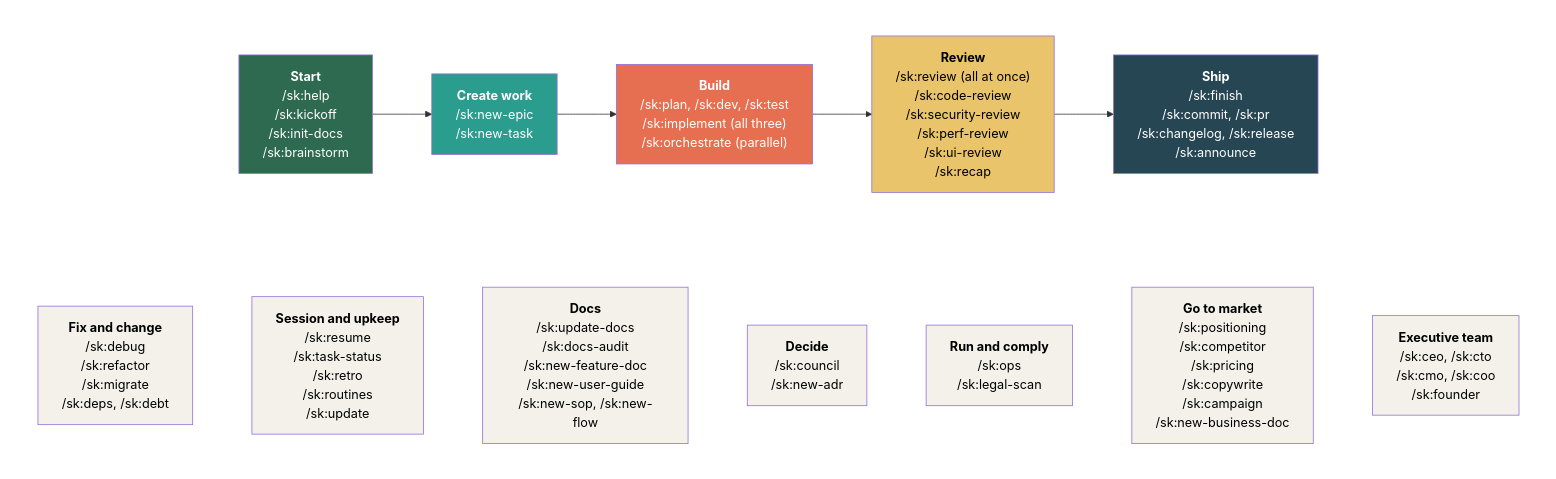
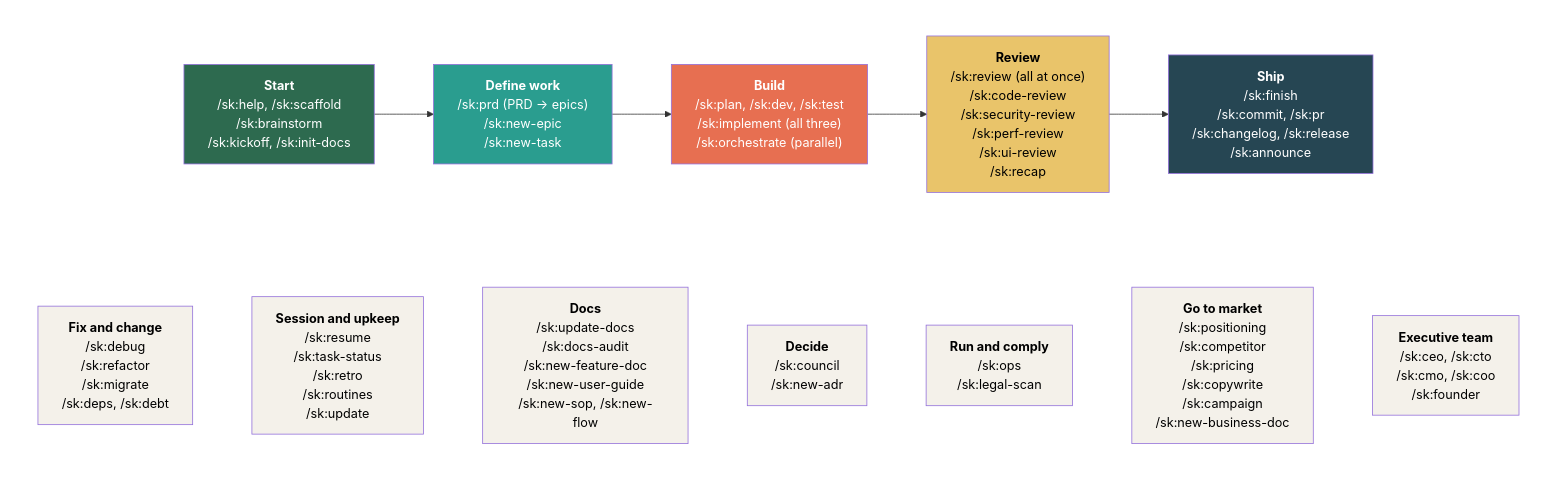
Before and after one commit to moniav/sk: the diagram in assets/src/command-map.mmd, drawn with Mermaid. The commit also changed 12 other files, not shown here.

First line of the commit message:
docs: README, flows and SK's own docs describe the idea-to-epics flow

```diff
--- a/assets/src/command-map.mmd
+++ b/assets/src/command-map.mmd
@@ -1,39 +1,39 @@
 flowchart TB
     subgraph flow [" "]
         direction LR
-        GS["<b>Start</b><br/>/sk:help<br/>/sk:kickoff<br/>/sk:init-docs<br/>/sk:brainstorm"]
-        CR["<b>Create work</b><br/>/sk:new-epic<br/>/sk:new-task"]
+        GS["<b>Start</b><br/>/sk:help, /sk:scaffold<br/>/sk:brainstorm<br/>/sk:kickoff, /sk:init-docs"]
+        CR["<b>Define work</b><br/>/sk:prd (PRD → epics)<br/>/sk:new-epic<br/>/sk:new-task"]
         LC["<b>Build</b><br/>/sk:plan, /sk:dev, /sk:test<br/>/sk:implement (all three)<br/>/sk:orchestrate (parallel)"]
         QA["<b>Review</b><br/>/sk:review (all at once)<br/>/sk:code-review<br/>/sk:security-review<br/>/sk:perf-review<br/>/sk:ui-review<br/>/sk:recap"]
         SH["<b>Ship</b><br/>/sk:finish<br/>/sk:commit, /sk:pr<br/>/sk:changelog, /sk:release<br/>/sk:announce"]
         GS --> CR --> LC --> QA --> SH
     end
 
     subgraph anytime [" "]
         direction LR
         FX["<b>Fix and change</b><br/>/sk:debug<br/>/sk:refactor<br/>/sk:migrate<br/>/sk:deps, /sk:debt"]
         SE["<b>Session and upkeep</b><br/>/sk:resume<br/>/sk:task-status<br/>/sk:retro<br/>/sk:routines<br/>/sk:update"]
         DO["<b>Docs</b><br/>/sk:update-docs<br/>/sk:docs-audit<br/>/sk:new-feature-doc<br/>/sk:new-user-guide<br/>/sk:new-sop, /sk:new-flow"]
         DE["<b>Decide</b><br/>/sk:council<br/>/sk:new-adr"]
         RU["<b>Run and comply</b><br/>/sk:ops<br/>/sk:legal-scan"]
         GT["<b>Go to market</b><br/>/sk:positioning<br/>/sk:competitor<br/>/sk:pricing<br/>/sk:copywrite<br/>/sk:campaign<br/>/sk:new-business-doc"]
         EX["<b>Executive team</b><br/>/sk:ceo, /sk:cto<br/>/sk:cmo, /sk:coo<br/>/sk:founder"]
         FX ~~~ SE ~~~ DO ~~~ DE ~~~ RU ~~~ GT ~~~ EX
     end
 
     flow ~~~ anytime
 
     style flow fill:none,stroke:none
     style anytime fill:none,stroke:none
     style GS fill:#2d6a4f,color:#fff
     style CR fill:#2a9d8f,color:#fff
     style LC fill:#e76f51,color:#fff
     style QA fill:#e9c46a,color:#000
     style SH fill:#264653,color:#fff
     style FX fill:#f4f1ea,color:#000
     style SE fill:#f4f1ea,color:#000
     style DO fill:#f4f1ea,color:#000
     style DE fill:#f4f1ea,color:#000
     style RU fill:#f4f1ea,color:#000
     style GT fill:#f4f1ea,color:#000
     style EX fill:#f4f1ea,color:#000
```
